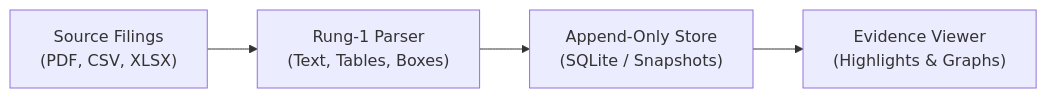
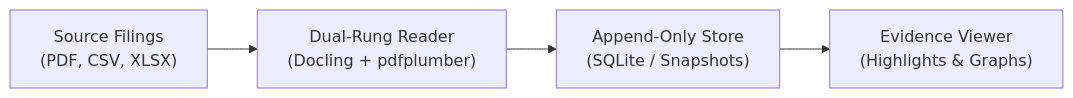
The first of 2 diagrams in README.md (GoCarbonTracker/go-carbon-tracker), drawn with Mermaid before and after one commit. The commit also changed other lines of this file, not shown here.

Commit message:
docs: document Docling reading layer and bump release badge to v0.2.0-alpha

````diff
--- a/README.md
+++ b/README.md
@@ -46,6 +46,6 @@
 ```mermaid
 flowchart LR
-    A["Source Filings<br/>(PDF, CSV, XLSX)"] --> B["Rung-1 Parser<br/>(Text, Tables, Boxes)"]
+    A["Source Filings<br/>(PDF, CSV, XLSX)"] --> B["Dual-Rung Reader<br/>(Docling + pdfplumber)"]
     B --> C["Append-Only Store<br/>(SQLite / Snapshots)"]
     C --> D["Evidence Viewer<br/>(Highlights & Graphs)"]
 ```
````
